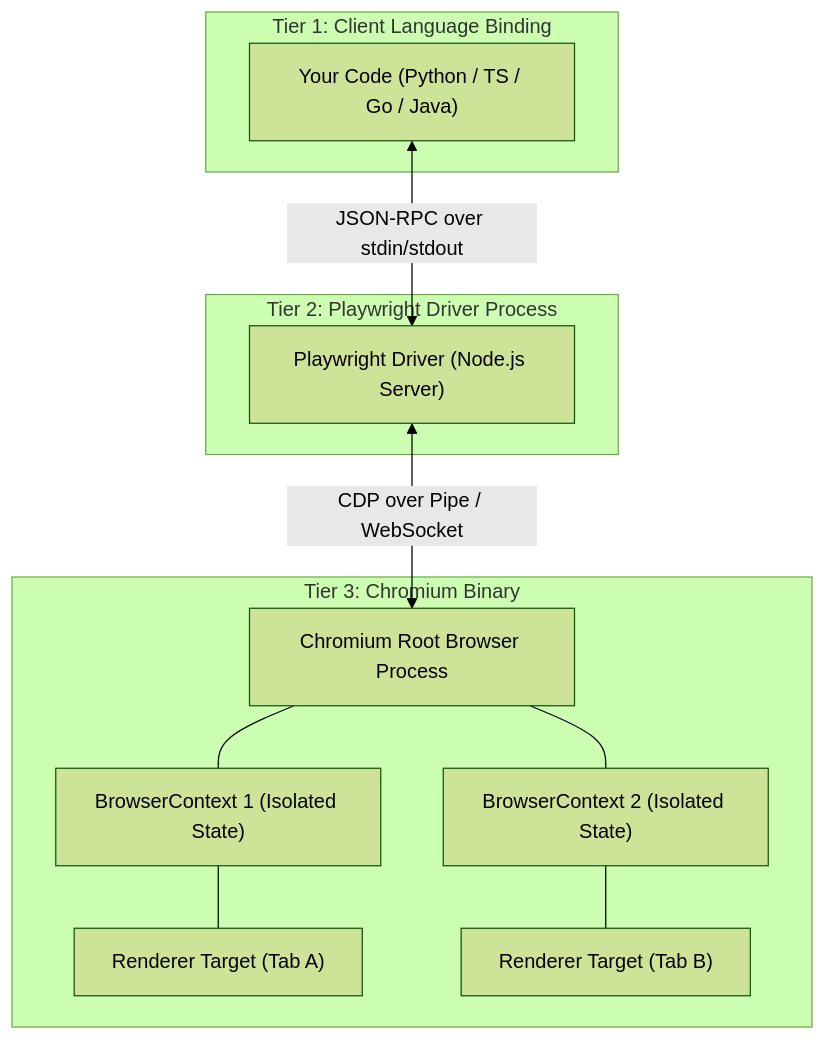
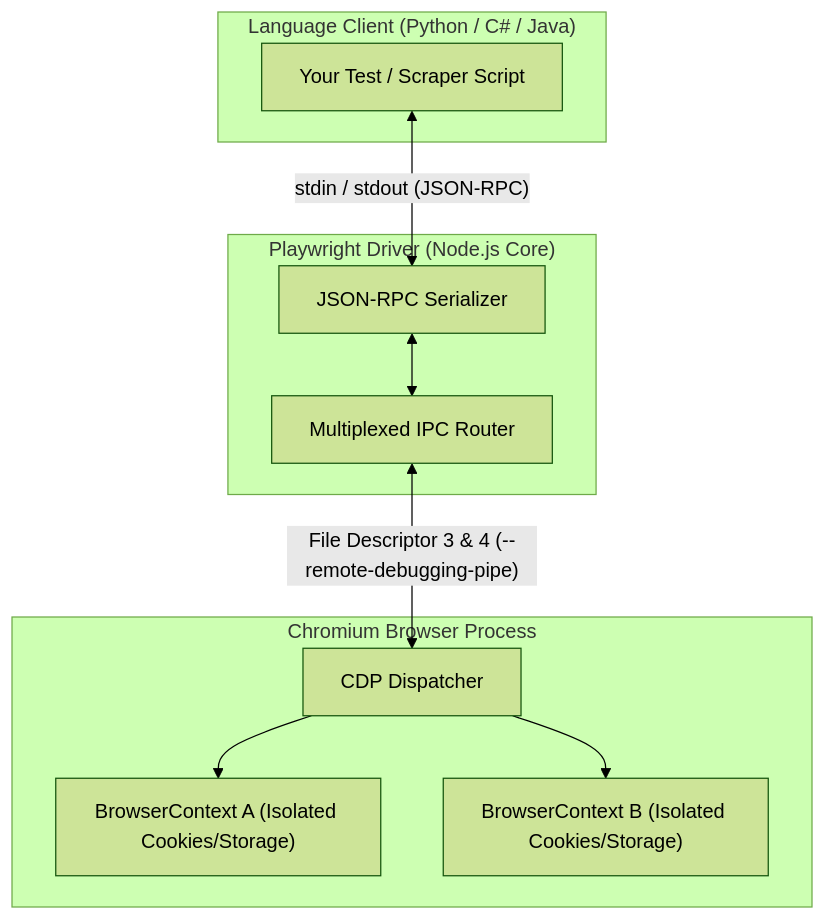
One commit to naimurhasan/naimurhasan.github.io changed the first of 3 diagrams in _posts/2026-10-07-how-playwright-controls-chromium.md. Above: the diagram before and after it, drawn with Mermaid (forest theme). The commit also changed other lines of this file and 23 other files, not shown here.

````diff
--- a/_posts/2026-10-07-how-playwright-controls-chromium.md
+++ b/_posts/2026-10-07-how-playwright-controls-chromium.md
@@ -128,25 +29,22 @@
 ```mermaid
 flowchart TD
-  subgraph Client ["Tier 1: Client Language Binding"]
-    A["Your Code (Python / TS / Go / Java)"]
+  subgraph ClientApp ["Language Client (Python / C# / Java)"]
+    Code["Your Test / Scraper Script"]
   end
 
-  subgraph Driver ["Tier 2: Playwright Driver Process"]
-    B["Playwright Driver (Node.js Server)"]
+  subgraph Driver ["Playwright Driver (Node.js Core)"]
+    RPC["JSON-RPC Serializer"]
+    Transport["Multiplexed IPC Router"]
+    RPC <--> Transport
   end
 
-  subgraph Browser ["Tier 3: Chromium Binary"]
-    C["Chromium Root Browser Process"]
-    D1["BrowserContext 1 (Isolated State)"]
-    D2["BrowserContext 2 (Isolated State)"]
-    E1["Renderer Target (Tab A)"]
-    E2["Renderer Target (Tab B)"]
+  subgraph Engine ["Chromium Browser Process"]
+    CDP["CDP Dispatcher"]
+    Context1["BrowserContext A (Isolated Cookies/Storage)"]
+    Context2["BrowserContext B (Isolated Cookies/Storage)"]
+    CDP --> Context1 & Context2
   end
 
-  A <--> |"JSON-RPC over stdin/stdout"| B
-  B <--> |"CDP over Pipe / WebSocket"| C
-  C --- D1
-  C --- D2
-  D1 --- E1
-  D2 --- E2
+  Code <-->|"stdin / stdout (JSON-RPC)"| RPC
+  Transport <-->|"File Descriptor 3 & 4 (--remote-debugging-pipe)"| CDP
 ```
````
